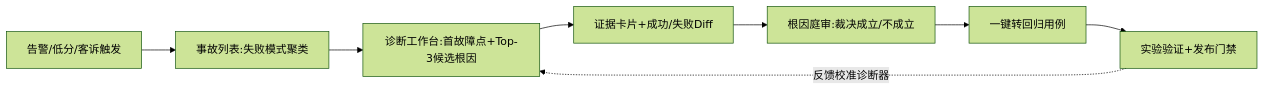
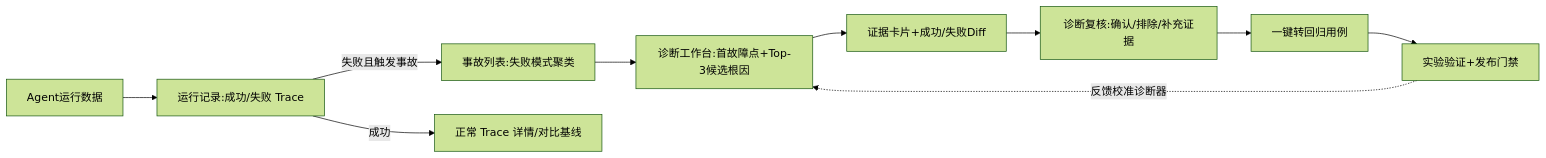
One commit to soberanisdiocelina703-sketch/agent-ob changed the first of 3 diagrams in second-week/agent-tracing-product-design.md. Above: the diagram before and after it, drawn with Mermaid (forest theme). The commit also changed other lines of this file and 4 other files, not shown here.

````diff
--- a/second-week/agent-tracing-product-design.md
+++ b/second-week/agent-tracing-product-design.md
@@ -16,10 +16,12 @@
 ```mermaid
 flowchart LR
-  A[告警/低分/客诉触发] --> B[事故列表:失败模式聚类]
+  A[Agent运行数据] --> R[运行记录:成功/失败 Trace]
+  R -->|失败且触发事故| B[事故列表:失败模式聚类]
+  R -->|成功| N[正常 Trace 详情/对比基线]
   B --> C[诊断工作台:首故障点+Top-3候选根因]
   C --> D[证据卡片+成功/失败Diff]
-  D --> E[根因庭审:裁决成立/不成立]
+  D --> E[诊断复核:确认/排除/补充证据]
   E --> F[一键转回归用例]
   F --> G[实验验证+发布门禁]
   G -.反馈校准诊断器.-> C
 ```
````
